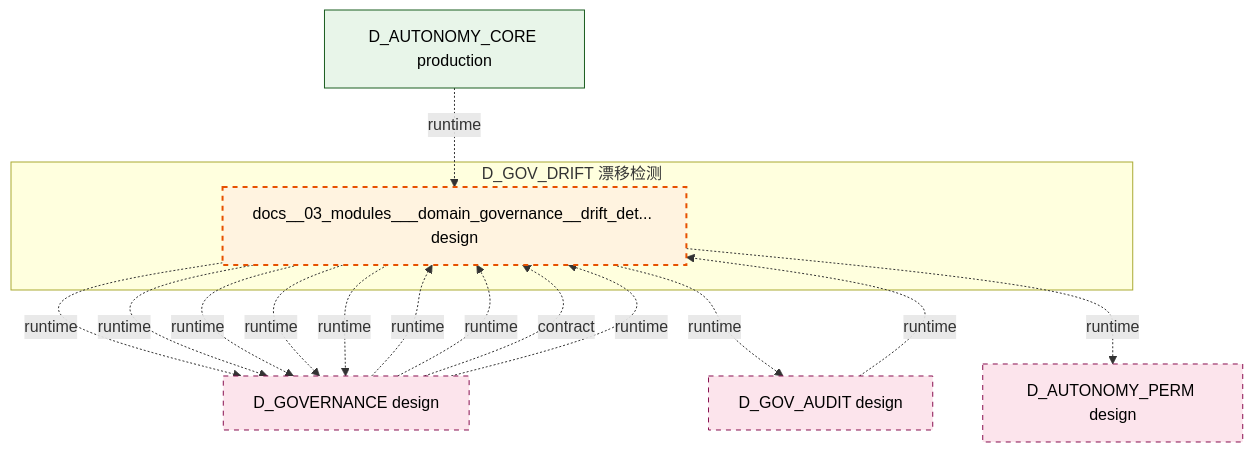
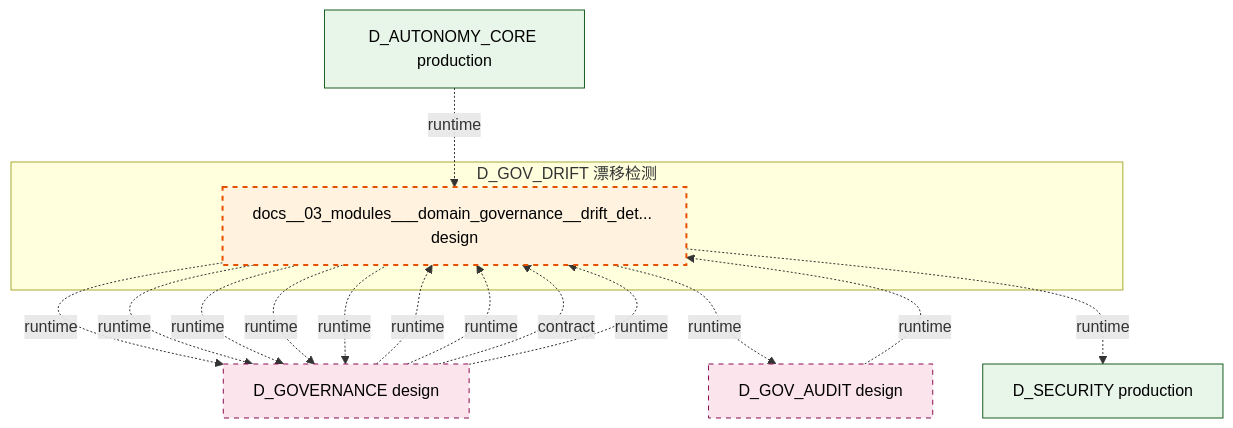
One commit to xuanFelixVan/ZephyrAlpha changed the diagram in docs/02_enterprise_architecture/02_domain_architecture_docs/36_d_gov_drift.md. Above: the diagram before and after it, drawn with Mermaid. The commit also changed other lines of this file and 106 other files, not shown here.

````diff
--- a/docs/02_enterprise_architecture/02_domain_architecture_docs/36_d_gov_drift.md
+++ b/docs/02_enterprise_architecture/02_domain_architecture_docs/36_d_gov_drift.md
@@ -47,30 +47,30 @@
 ```mermaid
 graph TD
     subgraph D_GOV_DRIFT["D_GOV_DRIFT 漂移检测"]
         docs_03_modules_domain_governance_drift_detector_blueprint_md["docs__03_modules___domain_governance__drift_det... design"]
     end
     D_GOVERNANCE["D_GOVERNANCE design"]
     docs_03_modules_domain_governance_drift_detector_blueprint_md -.->|runtime| D_GOVERNANCE
     docs_03_modules_domain_governance_drift_detector_blueprint_md -.->|runtime| D_GOVERNANCE
     D_GOV_AUDIT["D_GOV_AUDIT design"]
     docs_03_modules_domain_governance_drift_detector_blueprint_md -.->|runtime| D_GOV_AUDIT
-    D_AUTONOMY_PERM["D_AUTONOMY_PERM design"]
-    docs_03_modules_domain_governance_drift_detector_blueprint_md -.->|runtime| D_AUTONOMY_PERM
+    D_SECURITY["D_SECURITY production"]
+    docs_03_modules_domain_governance_drift_detector_blueprint_md -.->|runtime| D_SECURITY
     docs_03_modules_domain_governance_drift_detector_blueprint_md -.->|runtime| D_GOVERNANCE
     docs_03_modules_domain_governance_drift_detector_blueprint_md -.->|runtime| D_GOVERNANCE
     docs_03_modules_domain_governance_drift_detector_blueprint_md -.->|runtime| D_GOVERNANCE
     D_GOV_AUDIT -.->|runtime| docs_03_modules_domain_governance_drift_detector_blueprint_md
     D_GOVERNANCE -.->|runtime| docs_03_modules_domain_governance_drift_detector_blueprint_md
     D_GOVERNANCE -.->|runtime| docs_03_modules_domain_governance_drift_detector_blueprint_md
     D_GOVERNANCE -.->|contract| docs_03_modules_domain_governance_drift_detector_blueprint_md
     D_AUTONOMY_CORE["D_AUTONOMY_CORE production"]
     D_AUTONOMY_CORE -.->|runtime| docs_03_modules_domain_governance_drift_detector_blueprint_md
     D_GOVERNANCE -.->|runtime| docs_03_modules_domain_governance_drift_detector_blueprint_md
     classDef production fill:#e1f5fe,stroke:#01579b,stroke-width:2px,color:#000
     classDef design fill:#fff3e0,stroke:#e65100,stroke-width:2px,color:#000,stroke-dasharray: 5 5
     classDef external_prod fill:#e8f5e9,stroke:#1b5e20,stroke-width:1px,color:#000
     classDef external_design fill:#fce4ec,stroke:#880e4f,stroke-width:1px,color:#000,stroke-dasharray: 5 5
     class docs_03_modules_domain_governance_drift_detector_blueprint_md design
-    class D_AUTONOMY_CORE external_prod
-    class D_GOVERNANCE,D_GOV_AUDIT,D_AUTONOMY_PERM external_design
+    class D_SECURITY,D_AUTONOMY_CORE external_prod
+    class D_GOVERNANCE,D_GOV_AUDIT external_design
 ```
````
